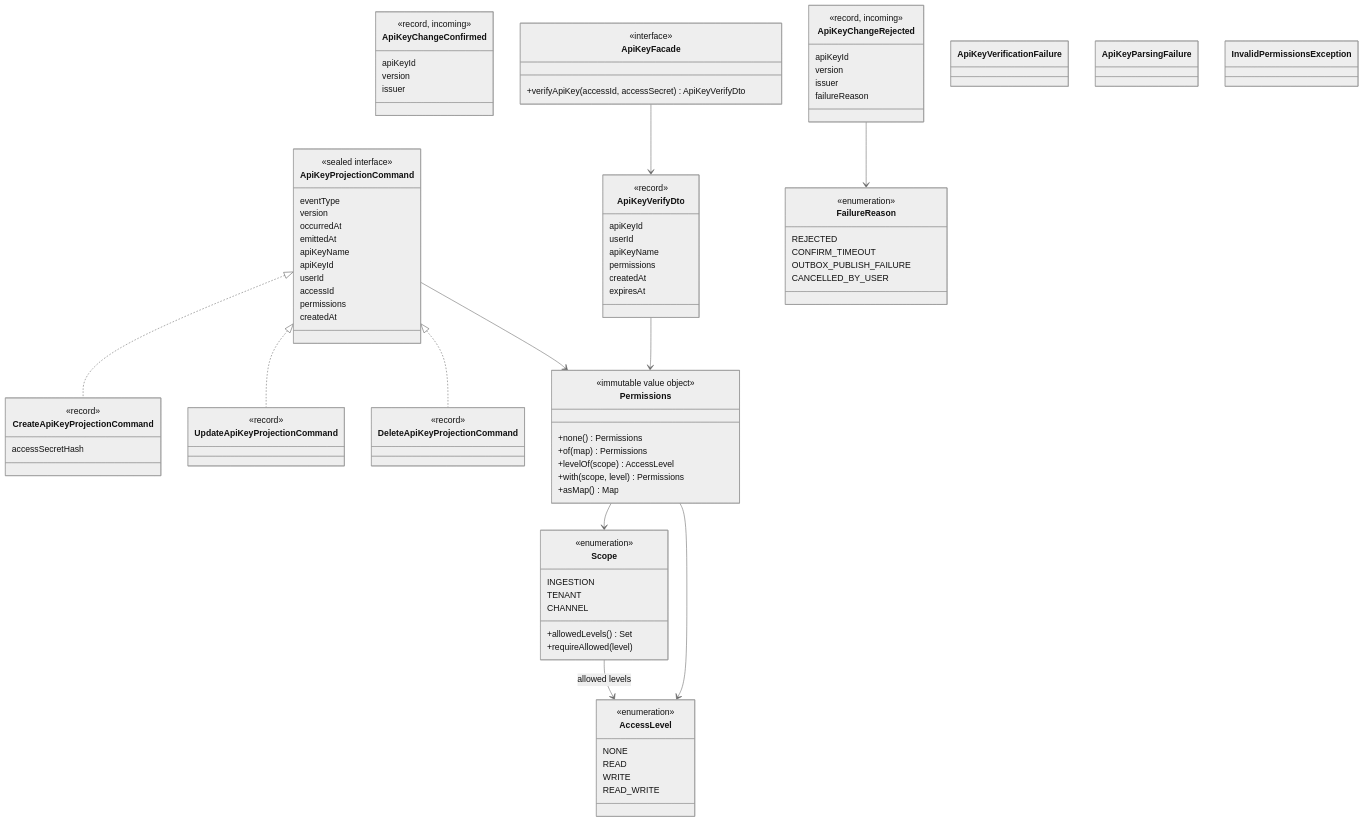
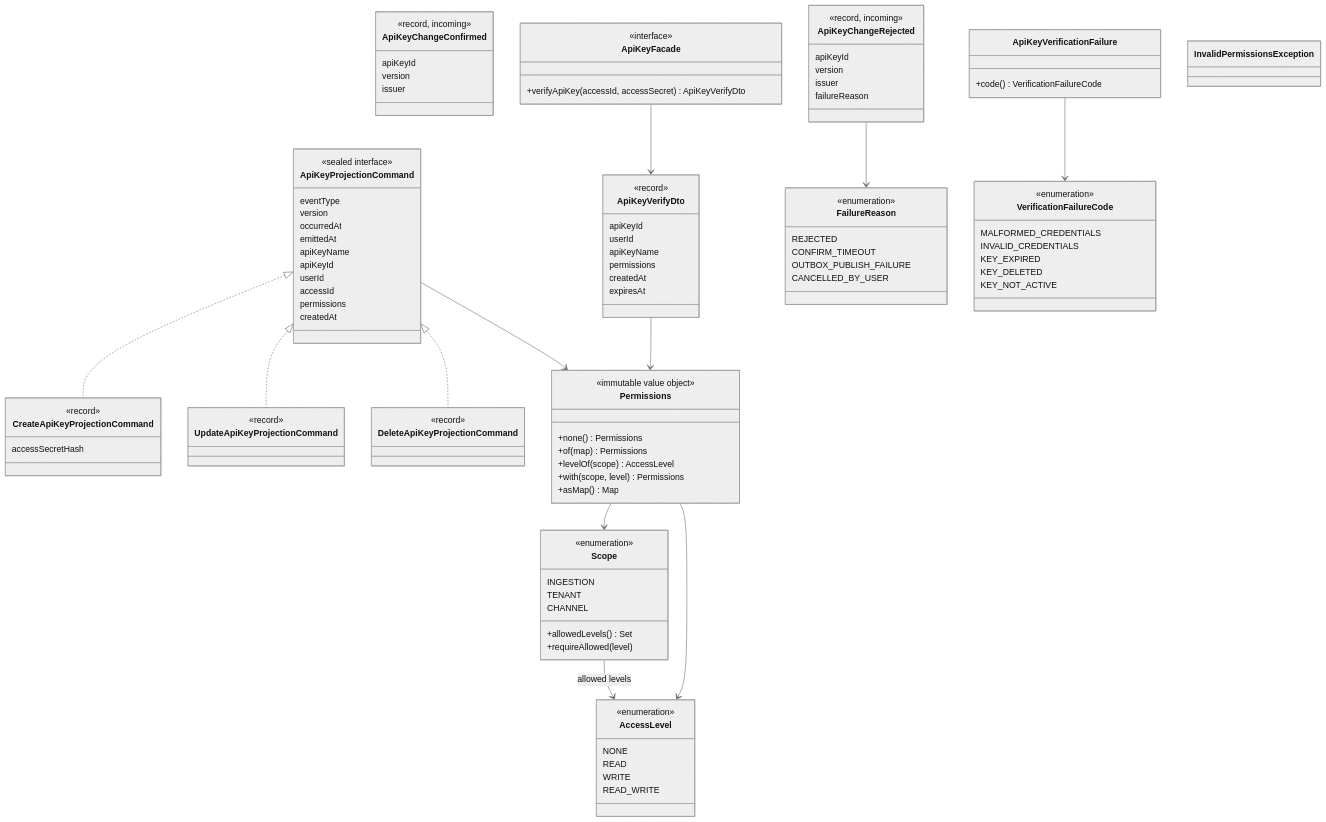
Before and after one commit to Dhiren9939/HQ-Tier0: the third of 7 diagrams in docs/access-class-structure.md, drawn with Mermaid (neutral theme). The commit also changed other lines of this file and 12 other files, not shown here.

First line of the commit message:
feat(access): give verification failures a machine code and a user-safe message

```diff
--- a/docs/access-class-structure.md
+++ b/docs/access-class-structure.md
@@ -267,8 +267,18 @@
         createdAt
         expiresAt
     }
-    class ApiKeyVerificationFailure
-    class ApiKeyParsingFailure
+    class ApiKeyVerificationFailure {
+        +code() VerificationFailureCode
+    }
+    class VerificationFailureCode {
+        <<enumeration>>
+        MALFORMED_CREDENTIALS
+        INVALID_CREDENTIALS
+        KEY_EXPIRED
+        KEY_DELETED
+        KEY_NOT_ACTIVE
+    }
+    ApiKeyVerificationFailure --> VerificationFailureCode
     class InvalidPermissionsException
 
     Permissions --> Scope
```
